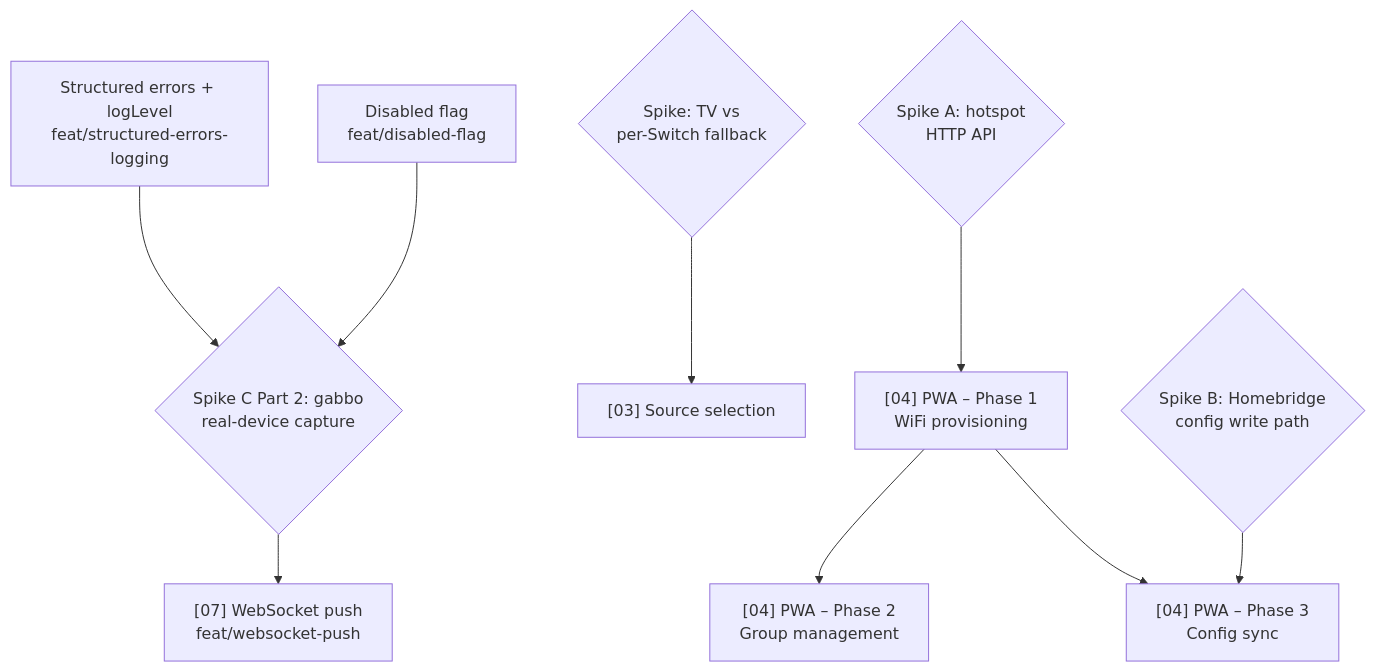
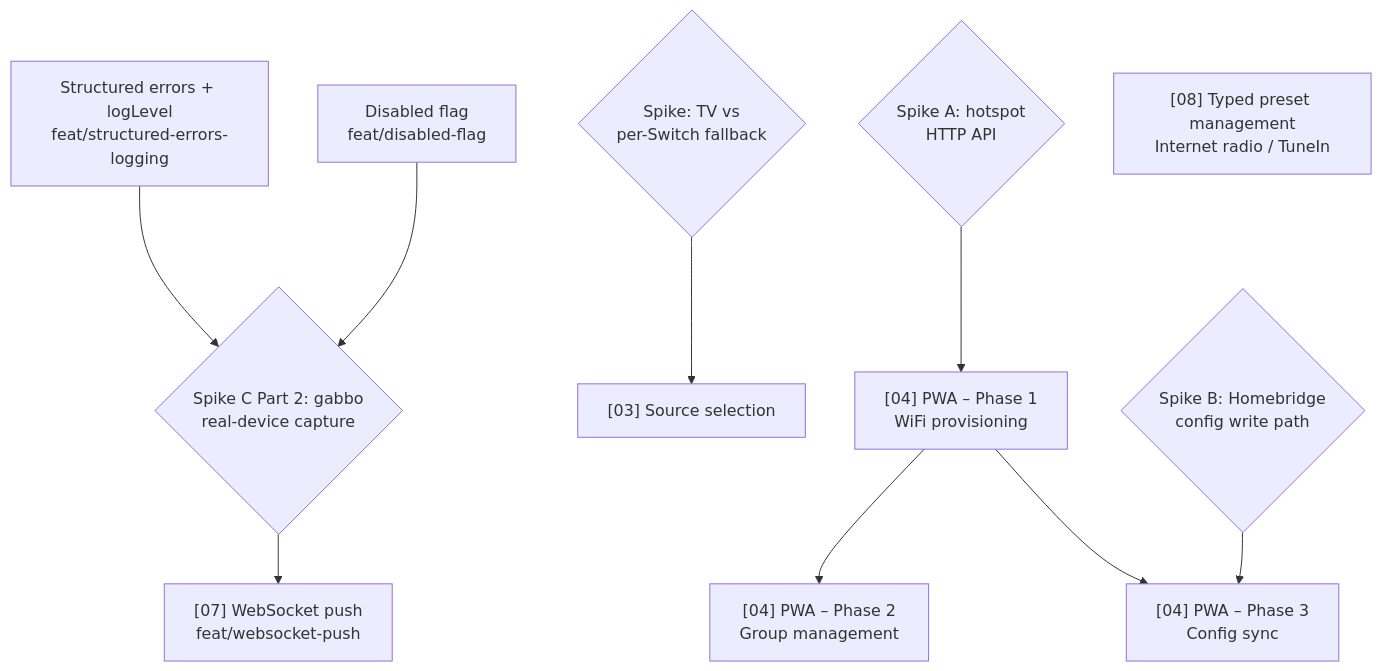
Before and after one commit to forktrucka/homebridge-soundtouch-speaker: the diagram in .claude/skills/technical-lead/ROADMAP.md, drawn with Mermaid. The commit also changed other lines of this file and 1 other file, not shown here.

Commit message:
docs: add typed preset management plan to roadmap (#115)

````diff
--- a/.claude/skills/technical-lead/ROADMAP.md
+++ b/.claude/skills/technical-lead/ROADMAP.md
@@ -12,23 +12,24 @@
 ```mermaid
 flowchart TD
     DisabledNode["Disabled flag\nfeat/disabled-flag"]
     LoggingNode["Structured errors + logLevel\nfeat/structured-errors-logging"]
     SpikeC{"Spike C Part 2: gabbo\nreal-device capture"}
     WSNode["[07] WebSocket push\nfeat/websocket-push"]
     SpikeTV{"Spike: TV vs\nper-Switch fallback"}
     SourceNode["[03] Source selection"]
     SpikeA{"Spike A: hotspot\nHTTP API"}
     SpikeB{"Spike B: Homebridge\nconfig write path"}
     PWA1Node["[04] PWA – Phase 1\nWiFi provisioning"]
     PWA2Node["[04] PWA – Phase 2\nGroup management"]
     PWA3Node["[04] PWA – Phase 3\nConfig sync"]
+    PresetNode["[08] Typed preset management\nInternet radio / TuneIn"]
 
     DisabledNode --> SpikeC
     LoggingNode --> SpikeC
     SpikeC --> WSNode
     SpikeTV --> SourceNode
     SpikeA --> PWA1Node
     PWA1Node --> PWA2Node
     SpikeB --> PWA3Node
     PWA1Node --> PWA3Node
 ```
````
